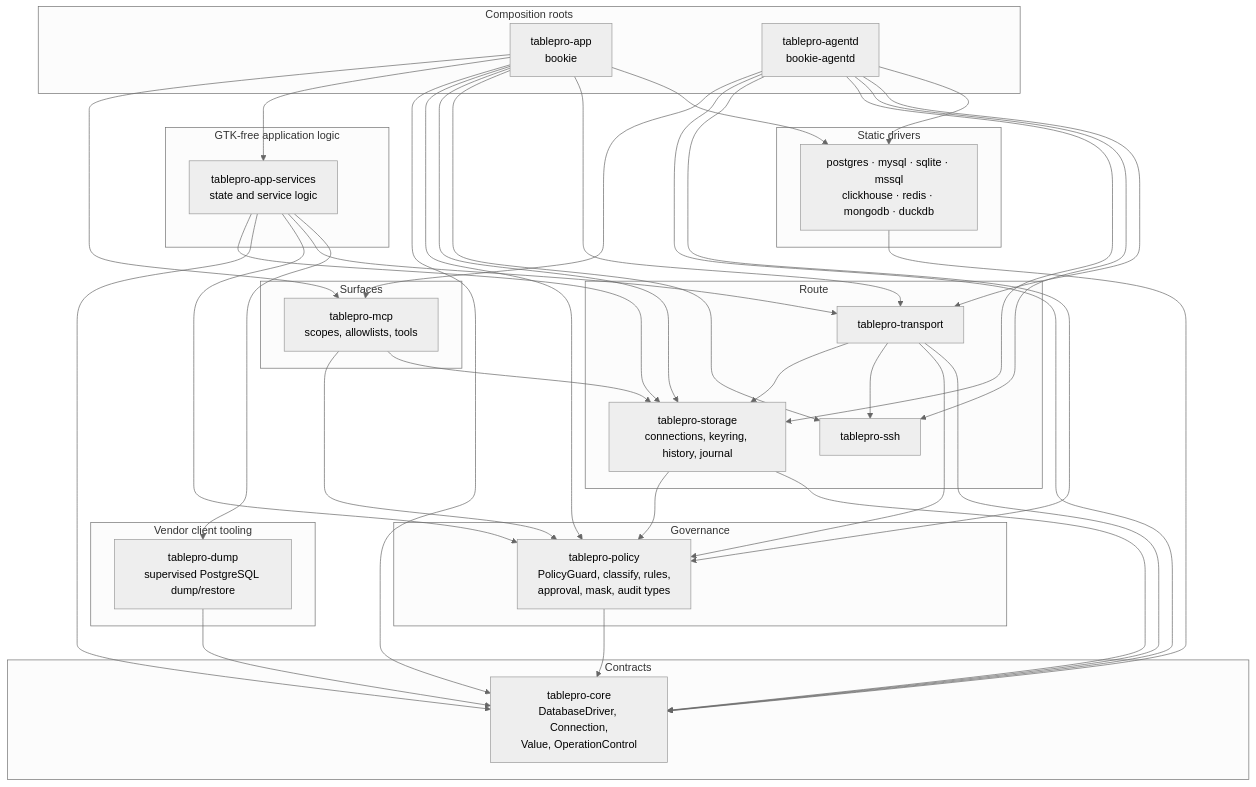
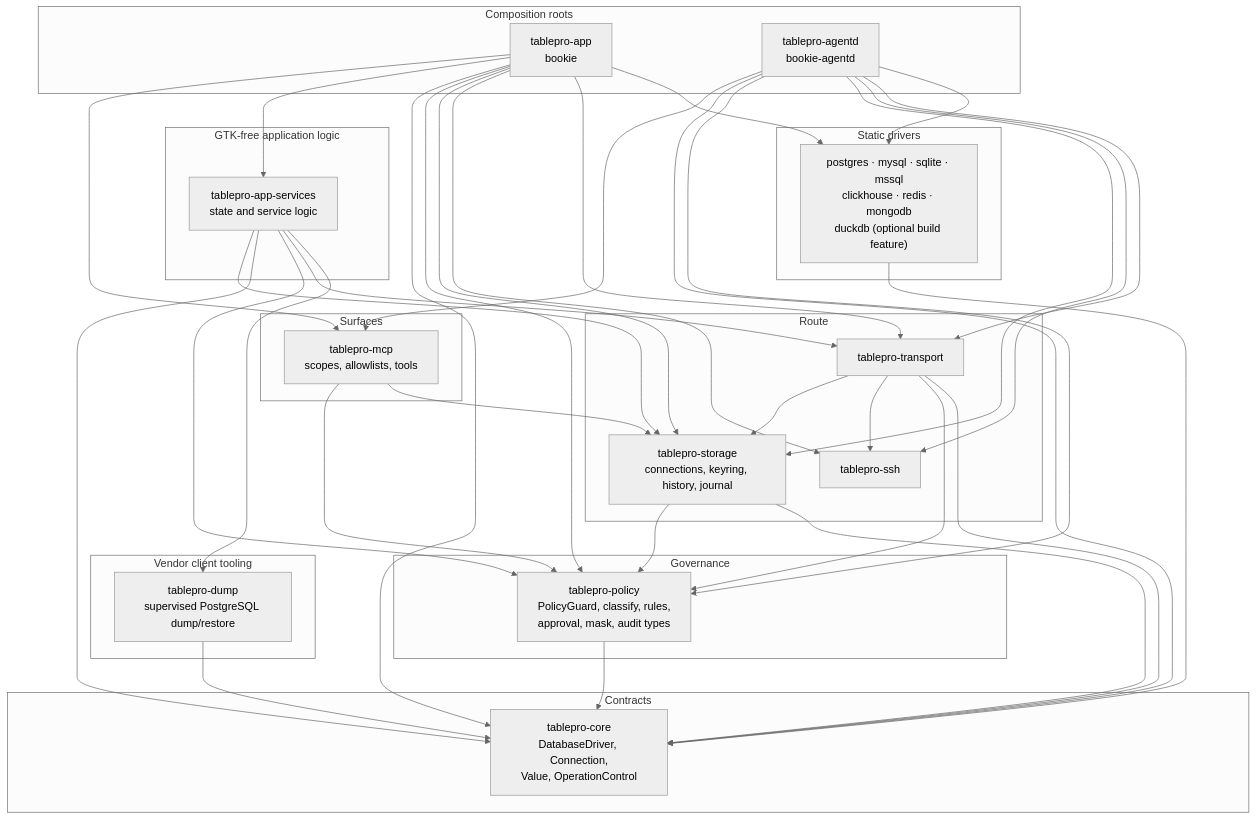
One commit to TableProApp/TablePro changed the second of 5 diagrams in ARCHITECTURE.md. Above: the diagram before and after it, drawn with Mermaid (neutral theme). The commit also changed other lines of this file and 23 other files, not shown here.

First line of the commit message:
docs(brand): add the BookiE visual identity and refresh the README, feature and architecture pages (#1324)

````diff
--- a/ARCHITECTURE.md
+++ b/ARCHITECTURE.md
@@ -74,69 +78,69 @@
 ```mermaid
 flowchart TB
     subgraph roots["Composition roots"]
         app["tablepro-app<br/>bookie"]
         agentd["tablepro-agentd<br/>bookie-agentd"]
     end
 
     subgraph surfaces["Surfaces"]
         mcp["tablepro-mcp<br/>scopes, allowlists, tools"]
     end
 
     subgraph app_logic["GTK-free application logic"]
         app_services["tablepro-app-services<br/>state and service logic"]
     end
 
     subgraph governance["Governance"]
         policy["tablepro-policy<br/>PolicyGuard, classify, rules,<br/>approval, mask, audit types"]
     end
 
     subgraph route["Route"]
         transport["tablepro-transport"]
         ssh["tablepro-ssh"]
         storage["tablepro-storage<br/>connections, keyring, history, journal"]
     end
 
     subgraph tooling["Vendor client tooling"]
         dump["tablepro-dump<br/>supervised PostgreSQL dump/restore"]
     end
 
     subgraph contracts["Contracts"]
         core["tablepro-core<br/>DatabaseDriver, Connection,<br/>Value, OperationControl"]
     end
 
     subgraph drivers["Static drivers"]
-        drv["postgres · mysql · sqlite · mssql<br/>clickhouse · redis · mongodb · duckdb"]
+        drv["postgres · mysql · sqlite · mssql<br/>clickhouse · redis · mongodb<br/>duckdb (optional build feature)"]
     end
 
     app --> mcp
     agentd --> mcp
     app --> app_services
     app --> core
     app --> policy
     app --> storage
     app --> ssh
     app_services --> storage
     app_services --> core
     app_services --> policy
     app_services --> transport
     app_services --> dump
     app --> transport
     agentd --> core
     agentd --> policy
     agentd --> storage
     agentd --> ssh
     agentd --> transport
     mcp --> policy
     mcp --> storage
     transport --> storage
     transport --> ssh
     transport --> policy
     transport --> core
     policy --> core
     dump --> core
     storage --> policy
     storage --> core
     drv --> core
     app --> drv
     agentd --> drv
 ```
````
